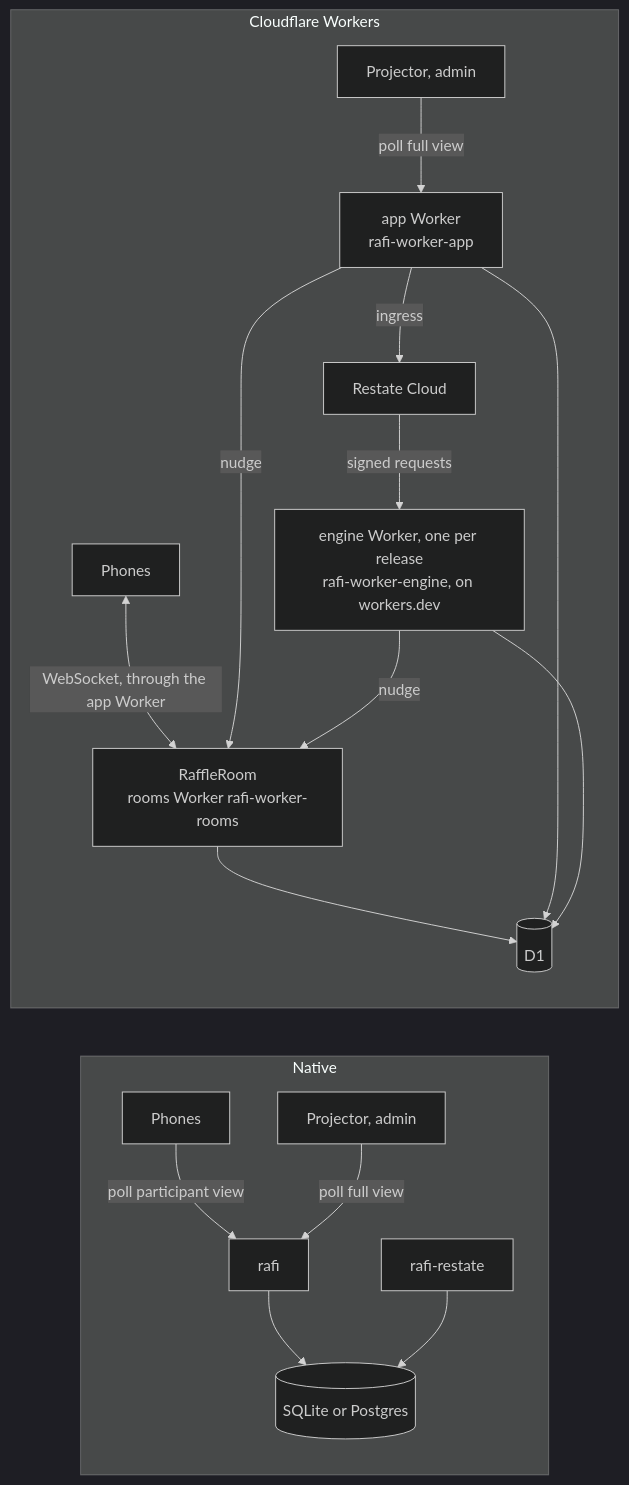
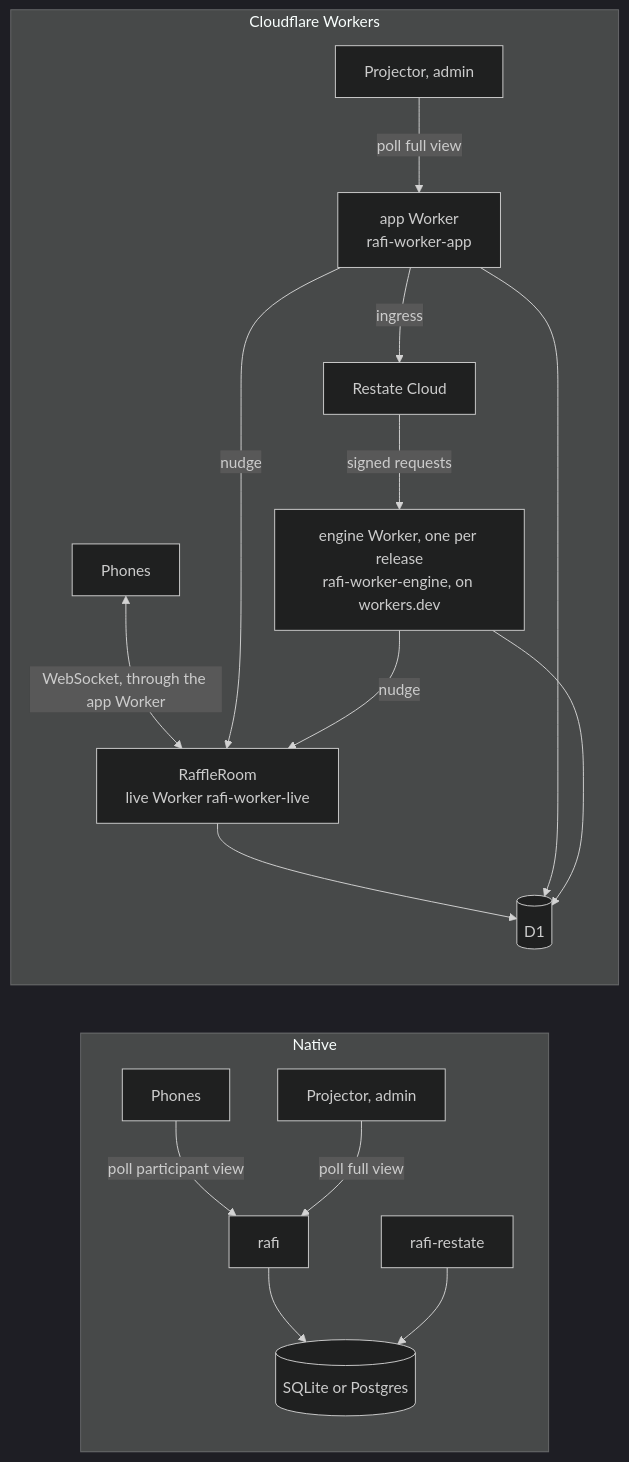
Before and after one commit to sagikazarmark/rafi.orig: the fourth of 4 diagrams in docs/explanation/architecture.md, drawn with Mermaid (dark theme). The commit also changed other lines of this file and 12 other files, not shown here.

````diff
--- a/docs/explanation/architecture.md
+++ b/docs/explanation/architecture.md
@@ -170,20 +170,20 @@
 ```mermaid
 flowchart LR
     subgraph native [Native]
         p1[Phones] -->|poll participant view| a1[rafi]
         s1[Projector, admin] -->|poll full view| a1
         a1 --> db1[(SQLite or Postgres)]
         e1[rafi-restate] --> db1
     end
     subgraph workers [Cloudflare Workers]
-        p2[Phones] <-->|WebSocket, through the app Worker| room[RaffleRoom<br/>rooms Worker rafi-worker-rooms]
+        p2[Phones] <-->|WebSocket, through the app Worker| room[RaffleRoom<br/>live Worker rafi-worker-live]
         s2[Projector, admin] -->|poll full view| a2[app Worker<br/>rafi-worker-app]
         a2 -->|ingress| rc[Restate Cloud]
         rc -->|signed requests| e2[engine Worker, one per release<br/>rafi-worker-engine, on workers.dev]
         a2 -->|nudge| room
         e2 -->|nudge| room
         room --> db2[(D1)]
         a2 --> db2
         e2 --> db2
     end
 ```
````
